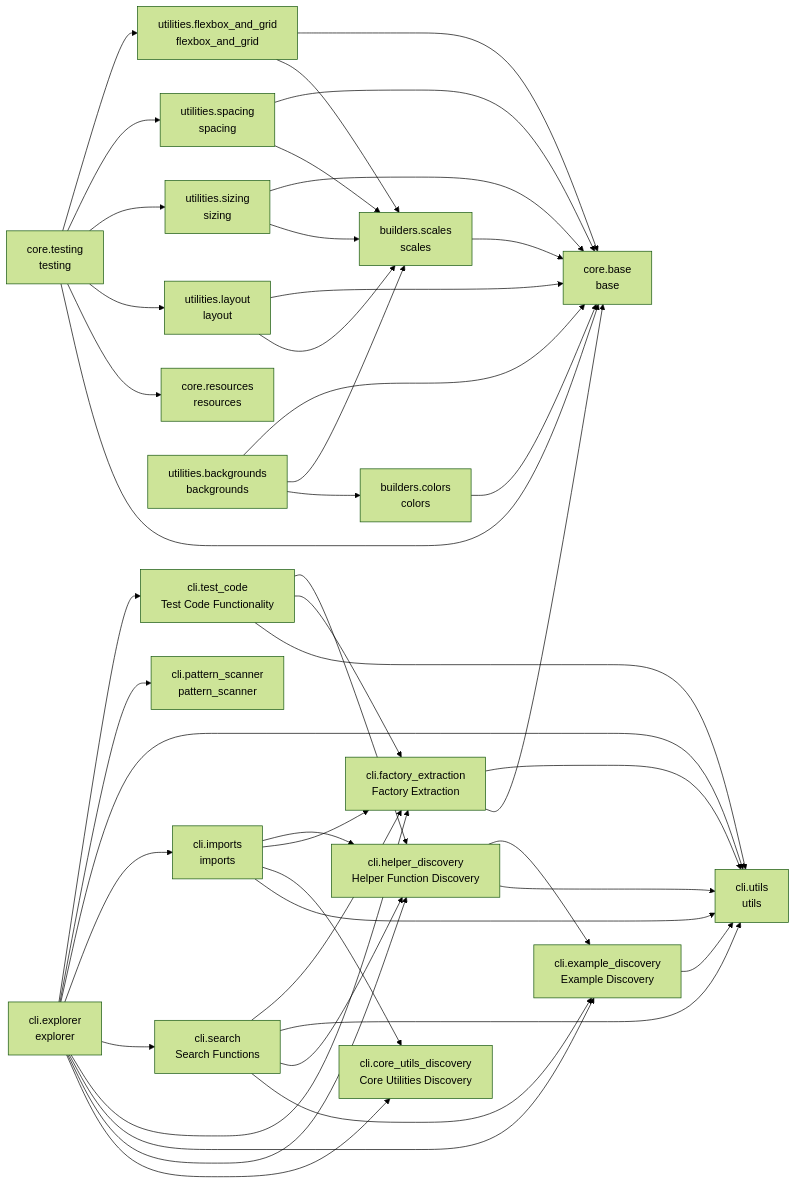
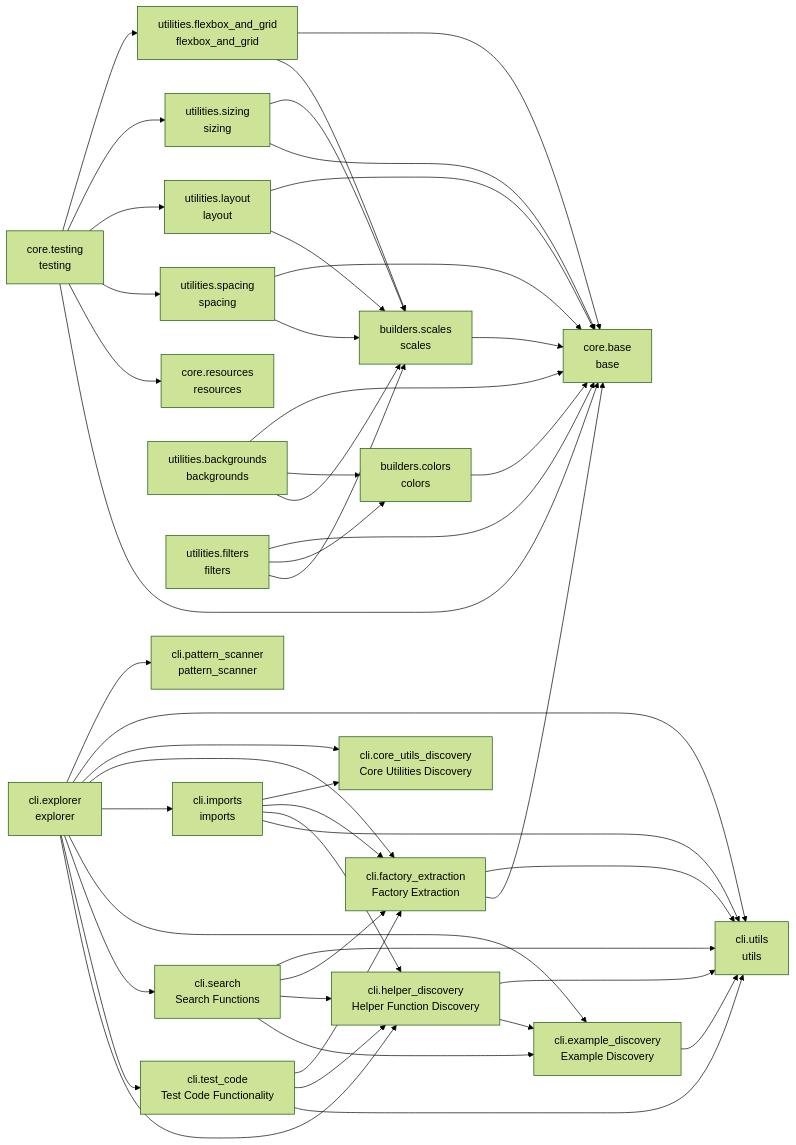
Before and after one commit to cj-mills/cjm-fasthtml-tailwind: the diagram in README.md, drawn with Mermaid (forest theme). The commit also changed other lines of this file and 11 other files, not shown here.

Commit message:
Implement filters utilities.

````diff
--- a/README.md
+++ b/README.md
@@ -44,68 +45,72 @@
 ``` mermaid
 graph LR
     builders_colors[builders.colors<br/>colors]
     builders_scales[builders.scales<br/>scales]
     cli_core_utils_discovery[cli.core_utils_discovery<br/>Core Utilities Discovery]
     cli_example_discovery[cli.example_discovery<br/>Example Discovery]
     cli_explorer[cli.explorer<br/>explorer]
     cli_factory_extraction[cli.factory_extraction<br/>Factory Extraction]
     cli_helper_discovery[cli.helper_discovery<br/>Helper Function Discovery]
     cli_imports[cli.imports<br/>imports]
     cli_pattern_scanner[cli.pattern_scanner<br/>pattern_scanner]
     cli_search[cli.search<br/>Search Functions]
     cli_test_code[cli.test_code<br/>Test Code Functionality]
     cli_utils[cli.utils<br/>utils]
     core_base[core.base<br/>base]
     core_resources[core.resources<br/>resources]
     core_testing[core.testing<br/>testing]
     utilities_backgrounds[utilities.backgrounds<br/>backgrounds]
+    utilities_filters[utilities.filters<br/>filters]
     utilities_flexbox_and_grid[utilities.flexbox_and_grid<br/>flexbox_and_grid]
     utilities_layout[utilities.layout<br/>layout]
     utilities_sizing[utilities.sizing<br/>sizing]
     utilities_spacing[utilities.spacing<br/>spacing]
 
     builders_colors --> core_base
     builders_scales --> core_base
     cli_example_discovery --> cli_utils
-    cli_explorer --> cli_test_code
     cli_explorer --> cli_pattern_scanner
     cli_explorer --> cli_utils
+    cli_explorer --> cli_core_utils_discovery
+    cli_explorer --> cli_factory_extraction
     cli_explorer --> cli_imports
+    cli_explorer --> cli_example_discovery
     cli_explorer --> cli_search
-    cli_explorer --> cli_factory_extraction
-    cli_explorer --> cli_example_discovery
+    cli_explorer --> cli_test_code
     cli_explorer --> cli_helper_discovery
-    cli_explorer --> cli_core_utils_discovery
     cli_factory_extraction --> cli_utils
     cli_factory_extraction --> core_base
+    cli_helper_discovery --> cli_utils
     cli_helper_discovery --> cli_example_discovery
-    cli_helper_discovery --> cli_utils
+    cli_imports --> cli_core_utils_discovery
+    cli_imports --> cli_factory_extraction
     cli_imports --> cli_helper_discovery
-    cli_imports --> cli_factory_extraction
-    cli_imports --> cli_core_utils_discovery
     cli_imports --> cli_utils
+    cli_search --> cli_utils
     cli_search --> cli_factory_extraction
-    cli_search --> cli_utils
     cli_search --> cli_helper_discovery
     cli_search --> cli_example_discovery
+    cli_test_code --> cli_factory_extraction
     cli_test_code --> cli_helper_discovery
-    cli_test_code --> cli_factory_extraction
     cli_test_code --> cli_utils
     core_testing --> utilities_flexbox_and_grid
-    core_testing --> utilities_spacing
     core_testing --> utilities_sizing
     core_testing --> utilities_layout
+    core_testing --> utilities_spacing
     core_testing --> core_resources
     core_testing --> core_base
     utilities_backgrounds --> core_base
+    utilities_backgrounds --> builders_colors
     utilities_backgrounds --> builders_scales
-    utilities_backgrounds --> builders_colors
+    utilities_filters --> core_base
+    utilities_filters --> builders_colors
+    utilities_filters --> builders_scales
     utilities_flexbox_and_grid --> core_base
     utilities_flexbox_and_grid --> builders_scales
     utilities_layout --> core_base
     utilities_layout --> builders_scales
+    utilities_sizing --> builders_scales
     utilities_sizing --> core_base
-    utilities_sizing --> builders_scales
     utilities_spacing --> core_base
     utilities_spacing --> builders_scales
 ```
````
